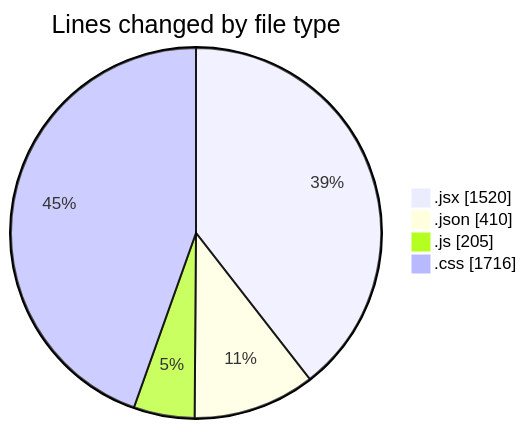
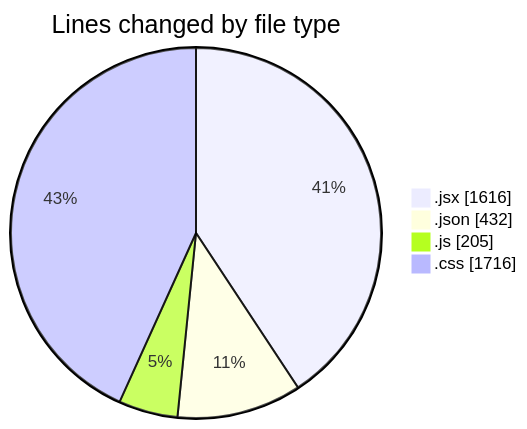
The first of 2 diagrams in 2025-05-04/project/README.md (BS-eng2023/code-tracking), drawn with Mermaid before and after one commit. The commit also changed other lines of this file and 1 other file, not shown here.

````diff
--- a/2025-05-04/project/README.md
+++ b/2025-05-04/project/README.md
@@ -40,8 +40,8 @@
 ```mermaid
 pie showData
 title Lines changed by file type
-".jsx" : 1520
-".json" : 410
+".jsx" : 1616
+".json" : 432
 ".js" : 205
 ".css" : 1716
 ```
````
